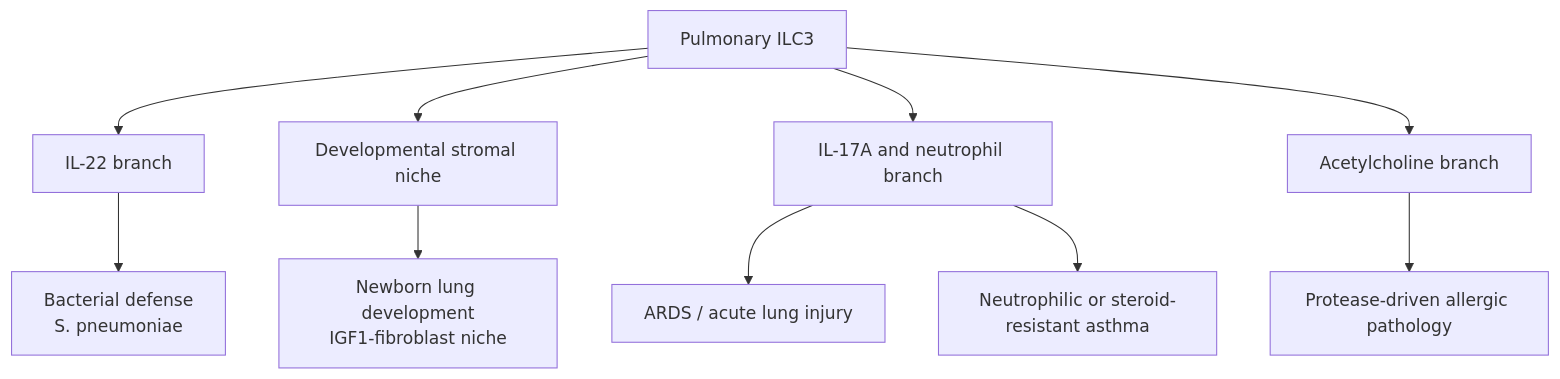
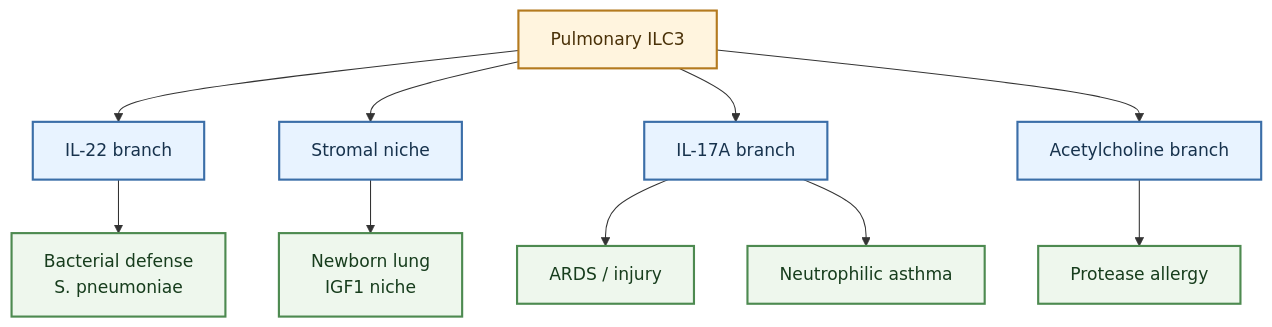
Before and after one commit to shao1116/ILC-Wiki: the diagram in wiki/topics/ILC3_roles_in_pulmonary_disease.md, drawn with Mermaid. The commit also changed 14 other files, not shown here.

````diff
--- a/wiki/topics/ILC3_roles_in_pulmonary_disease.md
+++ b/wiki/topics/ILC3_roles_in_pulmonary_disease.md
@@ -75,22 +75,30 @@
 ```mermaid
 flowchart TD
     accTitle: ILC3 Disease Roles
     accDescr: Working map separating protective and pathogenic pulmonary ILC3 branches.
 
     ilc3["Pulmonary ILC3"]
     il22["IL-22 branch"]
-    il17["IL-17A and neutrophil branch"]
-    niche["Developmental stromal niche"]
+    il17["IL-17A branch"]
+    niche["Stromal niche"]
     ach["Acetylcholine branch"]
     bacteria["Bacterial defense<br/>S. pneumoniae"]
-    newborn["Newborn lung development<br/>IGF1-fibroblast niche"]
-    ards["ARDS / acute lung injury"]
-    asthma["Neutrophilic or steroid-resistant asthma"]
-    allergy["Protease-driven allergic pathology"]
+    newborn["Newborn lung<br/>IGF1 niche"]
+    ards["ARDS / injury"]
+    asthma["Neutrophilic asthma"]
+    allergy["Protease allergy"]
 
     ilc3 --> il22 --> bacteria
     ilc3 --> niche --> newborn
     ilc3 --> il17 --> ards
     il17 --> asthma
     ilc3 --> ach --> allergy
+
+    classDef cell fill:#fff4de,stroke:#b47a1f,stroke-width:2px,color:#4a3108
+    classDef branch fill:#e8f3ff,stroke:#3b6ea8,stroke-width:2px,color:#17324d
+    classDef disease fill:#eef7ed,stroke:#4d8a50,stroke-width:2px,color:#173d1d
+
+    class ilc3 cell
+    class il22,il17,niche,ach branch
+    class bacteria,newborn,ards,asthma,allergy disease
 ```
````
